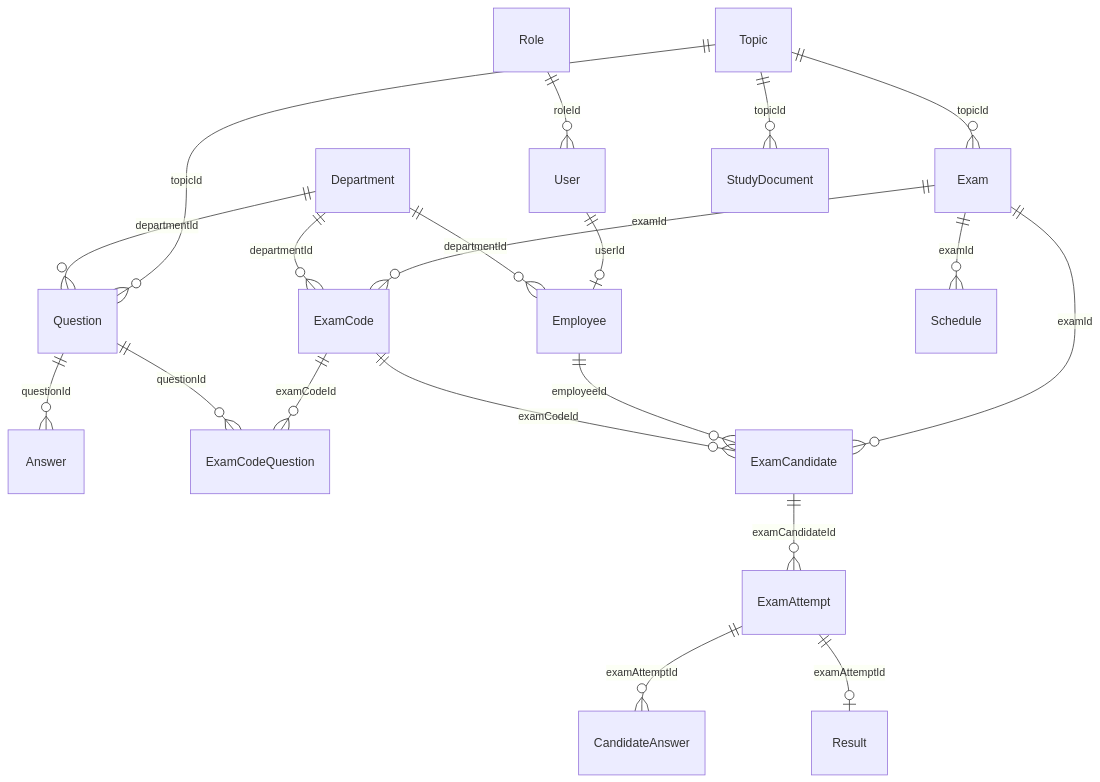
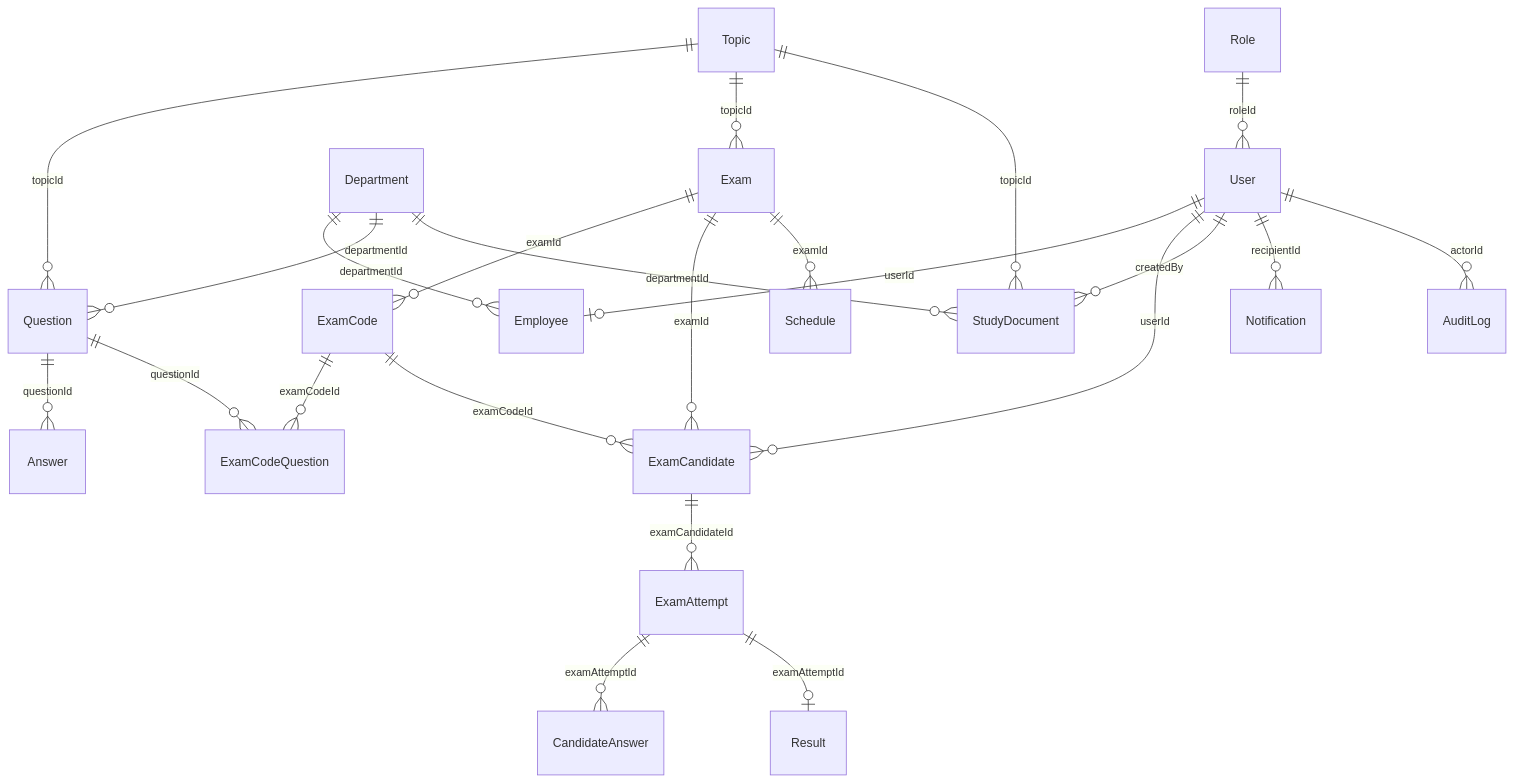
One commit to duong218/Z176 changed the diagram in docs/MONGOOSE_SCHEMA.md. Above: the diagram before and after it, drawn with Mermaid. The commit also changed other lines of this file and 3 other files, not shown here.

````diff
--- a/docs/MONGOOSE_SCHEMA.md
+++ b/docs/MONGOOSE_SCHEMA.md
@@ -11,22 +9,25 @@
 ```mermaid
 erDiagram
   Role ||--o{ User : roleId
   User ||--o| Employee : userId
   Department ||--o{ Employee : departmentId
   Topic ||--o{ Question : topicId
   Department ||--o{ Question : departmentId
   Question ||--o{ Answer : questionId
   Topic ||--o{ Exam : topicId
   Exam ||--o{ ExamCode : examId
-  Department ||--o{ ExamCode : departmentId
   ExamCode ||--o{ ExamCodeQuestion : examCodeId
   Question ||--o{ ExamCodeQuestion : questionId
   Exam ||--o{ ExamCandidate : examId
-  Employee ||--o{ ExamCandidate : employeeId
+  User ||--o{ ExamCandidate : userId
   ExamCode ||--o{ ExamCandidate : examCodeId
   ExamCandidate ||--o{ ExamAttempt : examCandidateId
   ExamAttempt ||--o{ CandidateAnswer : examAttemptId
   ExamAttempt ||--o| Result : examAttemptId
   Exam ||--o{ Schedule : examId
   Topic ||--o{ StudyDocument : topicId
+  Department ||--o{ StudyDocument : departmentId
+  User ||--o{ StudyDocument : createdBy
+  User ||--o{ Notification : recipientId
+  User ||--o{ AuditLog : actorId
 ```
````
